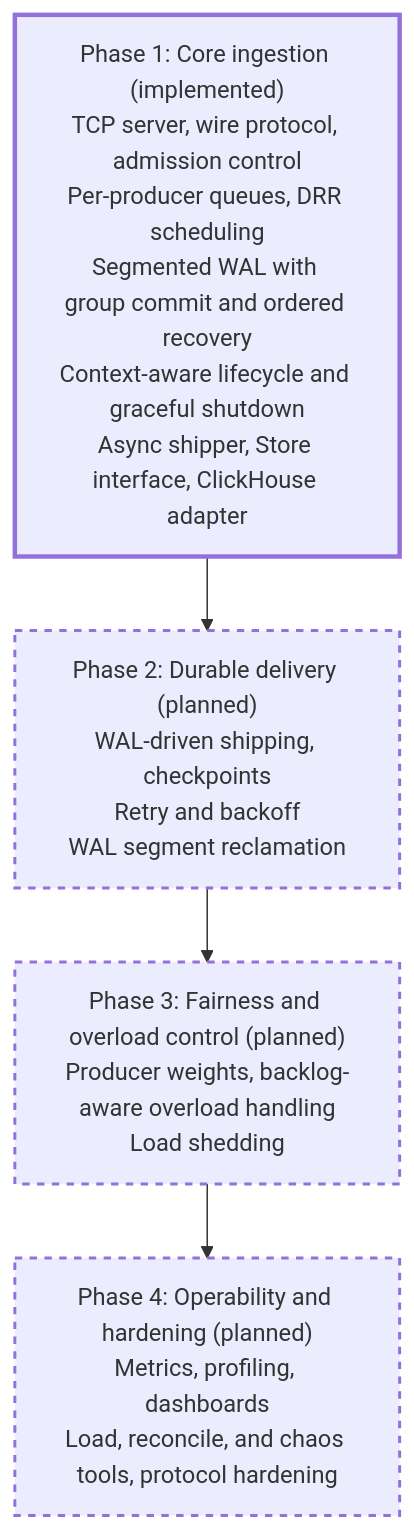
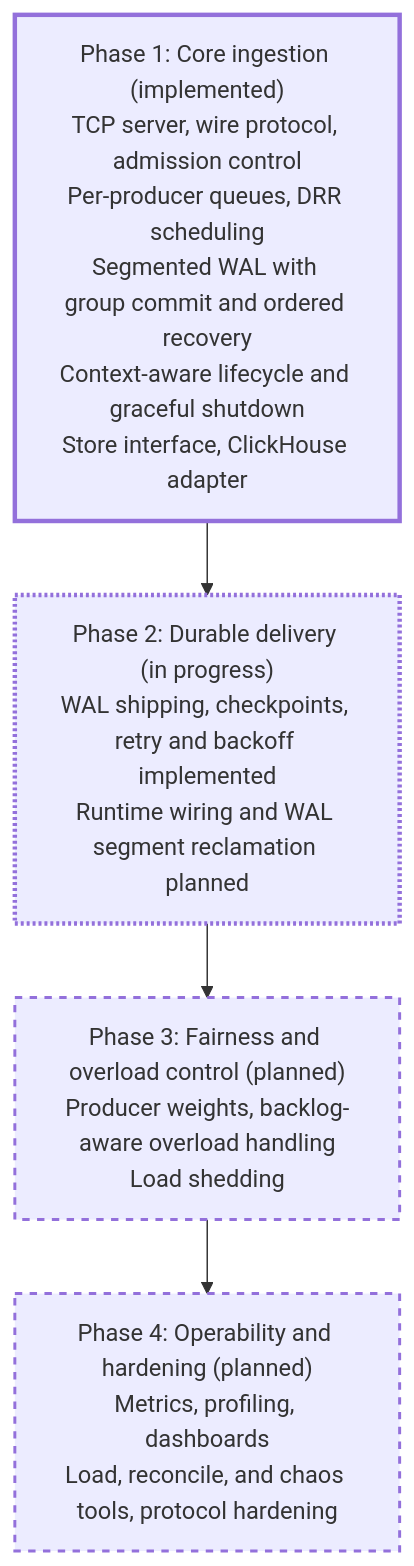
One commit to PratyushVishal11011/Fairgate changed diagram 14 of 14 in README.md. Above: the diagram before and after it, drawn with Mermaid. The commit also changed other lines of this file and 8 other files, not shown here.

Commit message:
Update shipper & implement WAL-driven shipping + Checkpoints, retry, backoff

````diff
--- a/README.md
+++ b/README.md
@@ -594,14 +637,16 @@
 ```mermaid
 flowchart TD
-    P1["Phase 1: Core ingestion (implemented)<br/>TCP server, wire protocol, admission control<br/>Per-producer queues, DRR scheduling<br/>Segmented WAL with group commit and ordered recovery<br/>Context-aware lifecycle and graceful shutdown<br/>Async shipper, Store interface, ClickHouse adapter"]
-    P2["Phase 2: Durable delivery (planned)<br/>WAL-driven shipping, checkpoints<br/>Retry and backoff<br/>WAL segment reclamation"]
+    P1["Phase 1: Core ingestion (implemented)<br/>TCP server, wire protocol, admission control<br/>Per-producer queues, DRR scheduling<br/>Segmented WAL with group commit and ordered recovery<br/>Context-aware lifecycle and graceful shutdown<br/>Store interface, ClickHouse adapter"]
+    P2["Phase 2: Durable delivery (in progress)<br/>WAL shipping, checkpoints, retry and backoff implemented<br/>Runtime wiring and WAL segment reclamation planned"]
     P3["Phase 3: Fairness and overload control (planned)<br/>Producer weights, backlog-aware overload handling<br/>Load shedding"]
     P4["Phase 4: Operability and hardening (planned)<br/>Metrics, profiling, dashboards<br/>Load, reconcile, and chaos tools, protocol hardening"]
 
     P1 --> P2 --> P3 --> P4
 
     classDef done stroke-width:3px;
+    classDef active stroke-dasharray: 2 2,stroke-width:3px;
     classDef planned stroke-dasharray: 5 5,stroke-width:2px;
     class P1 done;
-    class P2,P3,P4 planned;
+    class P2 active;
+    class P3,P4 planned;
 ```
````
